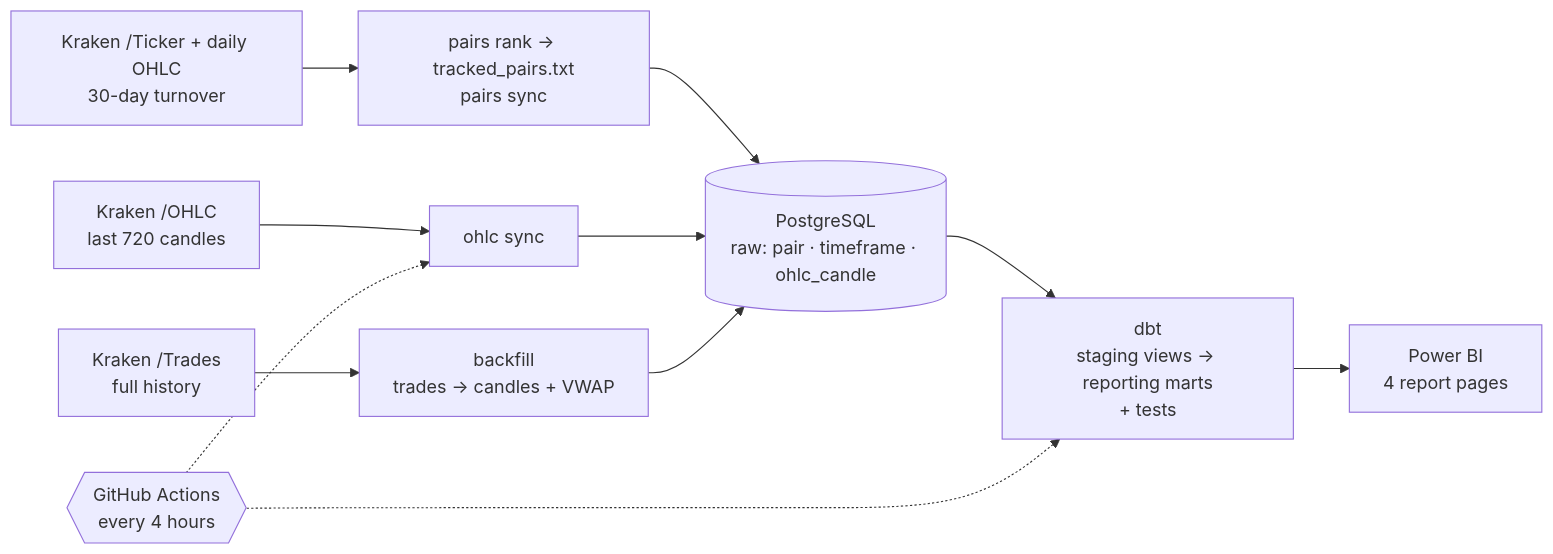
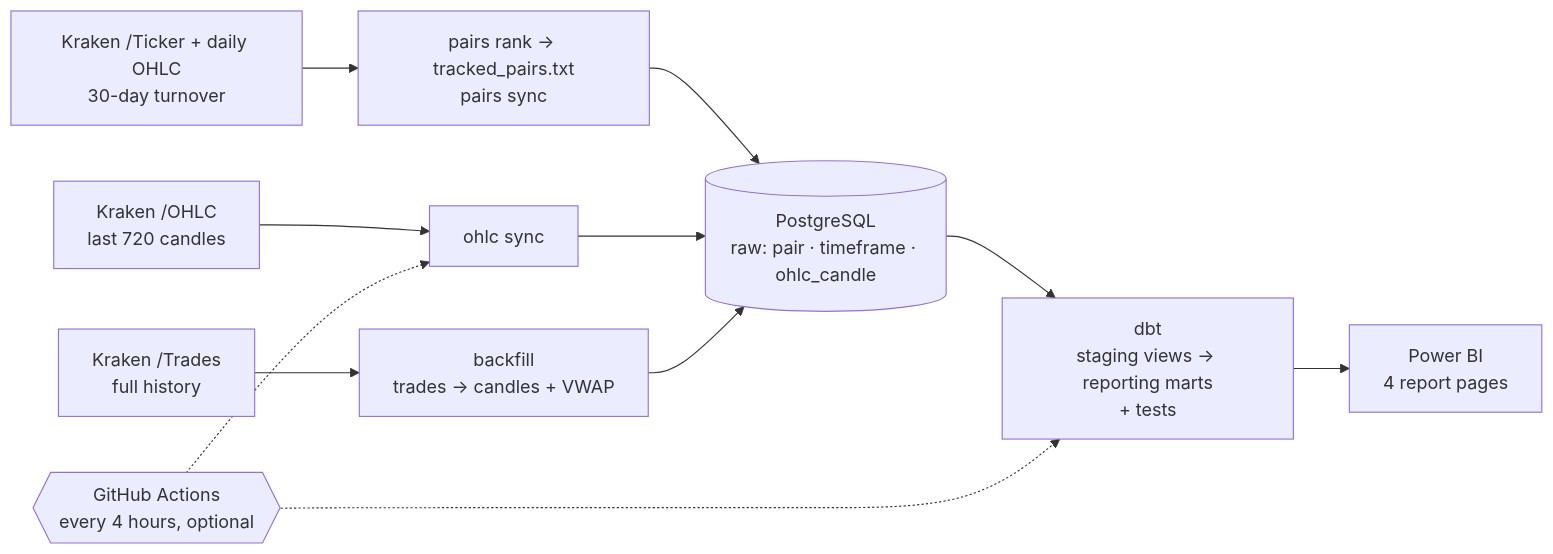
One commit to sormrdev/crypto-analytics changed the diagram in README.md. Above: the diagram before and after it, drawn with Mermaid. The commit also changed other lines of this file and 1 other file, not shown here.

````diff
--- a/README.md
+++ b/README.md
@@ -35,10 +35,10 @@
 ```mermaid
 flowchart LR
     K1[Kraken /Ticker + daily OHLC<br/>30-day turnover] --> P[pairs rank → tracked_pairs.txt<br/>pairs sync]
     K2[Kraken /OHLC<br/>last 720 candles] --> O[ohlc sync]
     K3[Kraken /Trades<br/>full history] --> B[backfill<br/>trades → candles + VWAP]
     P & O & B --> DB[(PostgreSQL<br/>raw: pair · timeframe · ohlc_candle)]
     DB --> DBT[dbt<br/>staging views → reporting marts<br/>+ tests]
     DBT --> PBI[Power BI<br/>4 report pages]
-    GHA{{GitHub Actions<br/>every 4 hours}} -.-> O & DBT
+    GHA{{GitHub Actions<br/>every 4 hours, optional}} -.-> O & DBT
 ```
````
